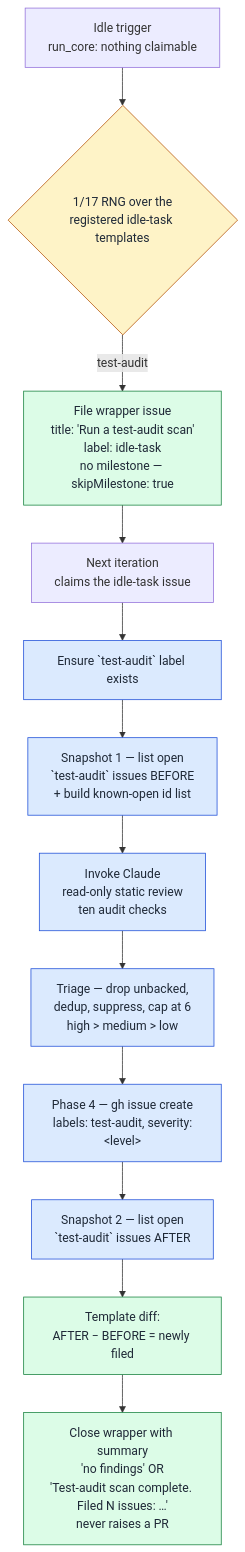
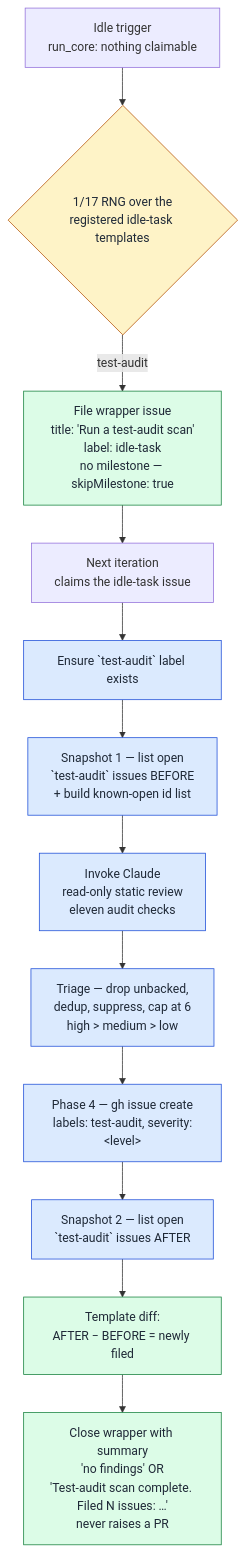
The second of 2 diagrams in docs/TEST-AUDIT-SCAN.md (stSoftwareAU/VibeCoder), drawn with Mermaid before and after one commit. The commit also changed other lines of this file and 4 other files, not shown here.

````diff
--- a/docs/TEST-AUDIT-SCAN.md
+++ b/docs/TEST-AUDIT-SCAN.md
@@ -189,20 +191,20 @@
 ```mermaid
 flowchart TD
     classDef gate fill:#fef3c7,stroke:#b45309,color:#1f2937;
     classDef phase fill:#dbeafe,stroke:#1d4ed8,color:#1f2937;
     classDef output fill:#dcfce7,stroke:#15803d,color:#1f2937;
 
     Idle[Idle trigger<br/>run_core: nothing claimable]
     Idle --> Pick{1/17 RNG over the<br/>registered idle-task templates}
     Pick -- test-audit --> FileWrapper[File wrapper issue<br/>title: 'Run a test-audit scan'<br/>label: idle-task<br/>no milestone — skipMilestone: true]:::output
     FileWrapper --> Claim[Next iteration<br/>claims the idle-task issue]
     Claim --> Ensure[Ensure `test-audit` label exists]:::phase
     Ensure --> Before[Snapshot 1 — list open<br/>`test-audit` issues BEFORE<br/>+ build known-open id list]:::phase
-    Before --> Run[Invoke Claude<br/>read-only static review<br/>ten audit checks]:::phase
+    Before --> Run[Invoke Claude<br/>read-only static review<br/>eleven audit checks]:::phase
     Run --> Cap[Triage — drop unbacked,<br/>dedup, suppress, cap at 6<br/>high > medium > low]:::phase
     Cap --> FileFindings[Phase 4 — gh issue create<br/>labels: test-audit, severity:&lt;level&gt;]:::phase
     FileFindings --> After[Snapshot 2 — list open<br/>`test-audit` issues AFTER]:::phase
     After --> Diff[Template diff:<br/>AFTER − BEFORE = newly filed]:::output
     Diff --> Close[Close wrapper with summary<br/>'no findings' OR<br/>'Test-audit scan complete. Filed N issues: …'<br/>never raises a PR]:::output
     class Pick gate;
 ```
````
